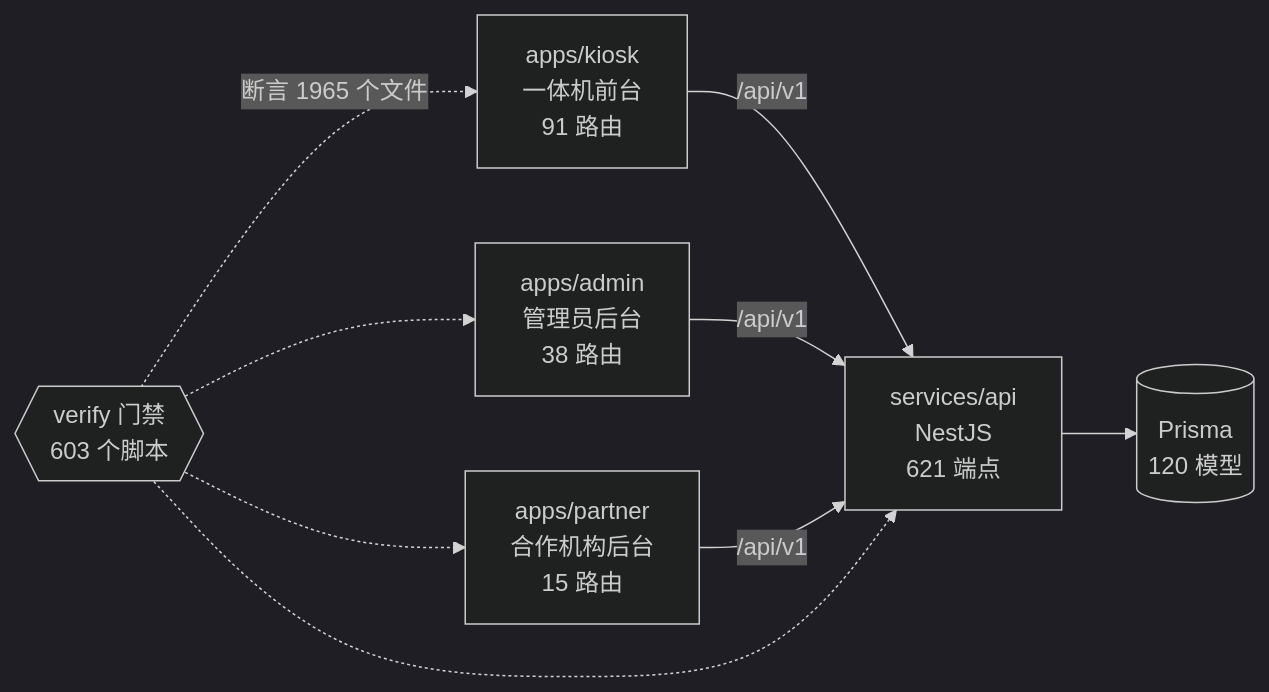
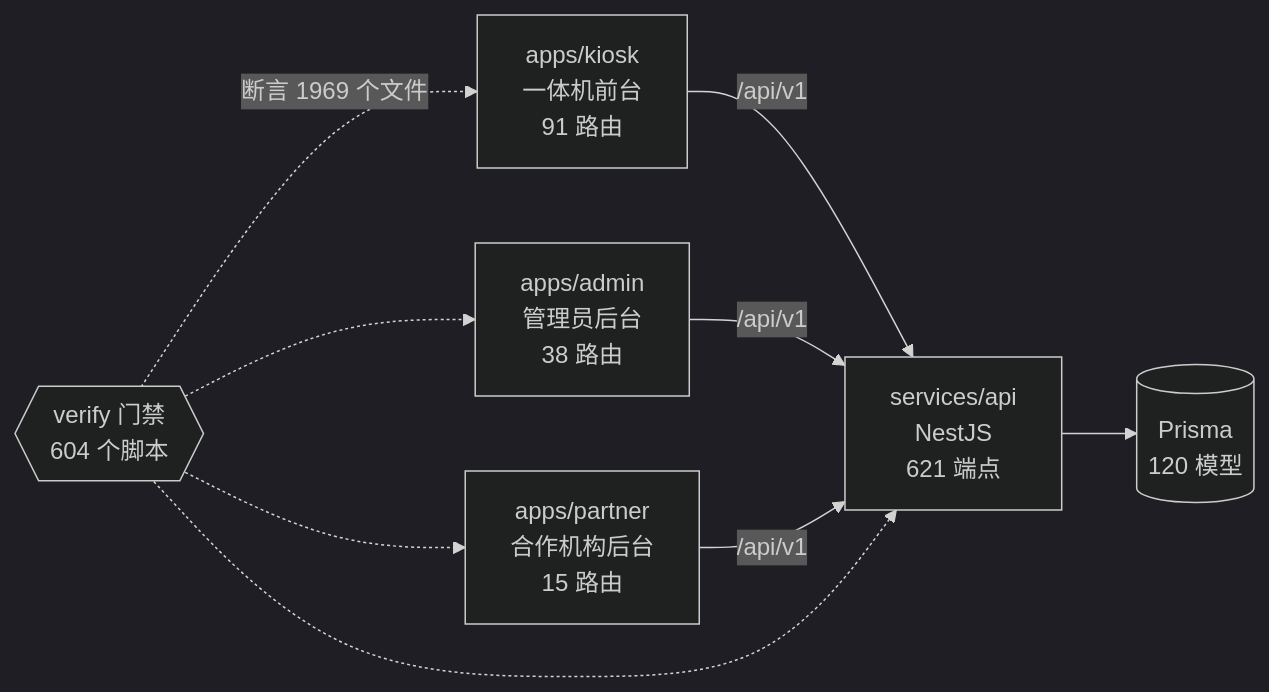
Before and after one commit to wanglei581/YITIJI: the diagram in docs/graph/README.md, drawn with Mermaid (dark theme). The commit also changed other lines of this file and 4 other files, not shown here.

Commit message:
docs(graph): 按 A 包新文件重出图谱

````diff
--- a/docs/graph/README.md
+++ b/docs/graph/README.md
@@ -68,18 +68,18 @@
 ```mermaid
 flowchart LR
   kiosk["apps/kiosk<br/>一体机前台<br/>91 路由"]
   admin["apps/admin<br/>管理员后台<br/>38 路由"]
   partner["apps/partner<br/>合作机构后台<br/>15 路由"]
   api["services/api<br/>NestJS<br/>621 端点"]
   db[("Prisma<br/>120 模型")]
-  gates{{"verify 门禁<br/>603 个脚本"}}
+  gates{{"verify 门禁<br/>604 个脚本"}}
 
   kiosk -->|"/api/v1"| api
   admin -->|"/api/v1"| api
   partner -->|"/api/v1"| api
   api --> db
-  gates -.->|"断言 1965 个文件"| kiosk
+  gates -.->|"断言 1969 个文件"| kiosk
   gates -.-> admin
   gates -.-> partner
   gates -.-> api
 ```
````
